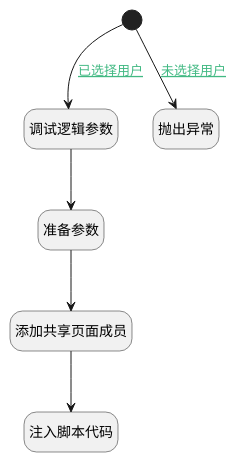
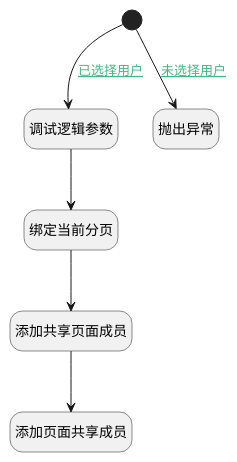
One commit to iBizLab/plm changed the diagram in doc/docsify/module/Base/member/uilogic/add_shared_member.md. Above: the diagram before and after it, drawn with PlantUML. The commit also changed other lines of this file and 1778 other files, not shown here.

````diff
--- a/doc/docsify/module/Base/member/uilogic/add_shared_member.md
+++ b/doc/docsify/module/Base/member/uilogic/add_shared_member.md
@@ -7,27 +7,27 @@
 ```plantuml
 @startuml
 hide footbox
 <style>
 root {
   HyperlinkColor #42b983
 }
 </style>
 
 hide empty description
 state "开始" as Begin <<start>> [[$./add_shared_member#begin {开始}]]
+state "添加共享页面成员" as DEACTION1  [[$./add_shared_member#deaction1 {添加共享页面成员}]]
 state "调试逻辑参数" as DEBUGPARAM1  [[$./add_shared_member#debugparam1 {调试逻辑参数}]]
-state "添加共享页面成员" as DEACTION1  [[$./add_shared_member#deaction1 {添加共享页面成员}]]
+state "添加页面共享成员" as RAWJSCODE1  [[$./add_shared_member#rawjscode1 {添加页面共享成员}]]
+state "绑定当前分页" as PREPAREJSPARAM1  [[$./add_shared_member#preparejsparam1 {绑定当前分页}]]
 state "抛出异常" as THROWEXCEPTION1  [[$./add_shared_member#throwexception1 {抛出异常}]]
-state "注入脚本代码" as RAWJSCODE1  [[$./add_shared_member#rawjscode1 {注入脚本代码}]]
-state "准备参数" as PREPAREJSPARAM1  [[$./add_shared_member#preparejsparam1 {准备参数}]]
 
 
 Begin --> DEBUGPARAM1 : [[$./add_shared_member#begin-debugparam1{已选择用户} 已选择用户]]
 DEBUGPARAM1 --> PREPAREJSPARAM1
 PREPAREJSPARAM1 --> DEACTION1
 DEACTION1 --> RAWJSCODE1
 Begin --> THROWEXCEPTION1 : [[$./add_shared_member#begin-throwexception1{未选择用户} 未选择用户]]
 
 
 @enduml
 ```
````
